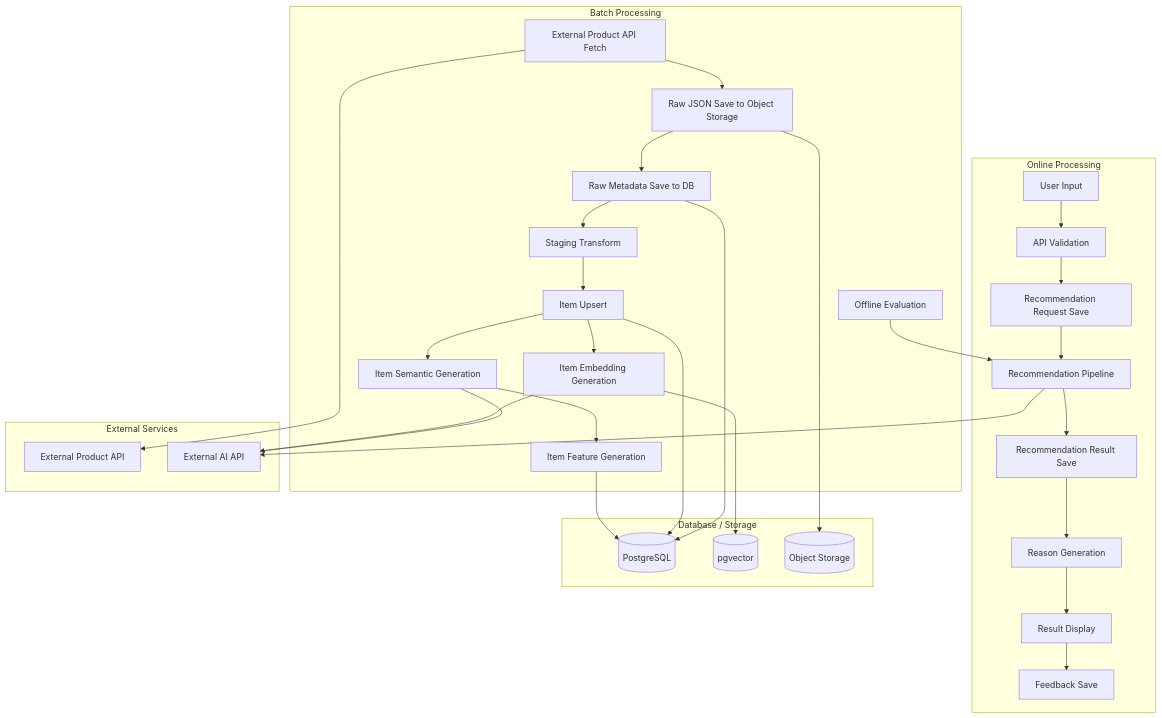
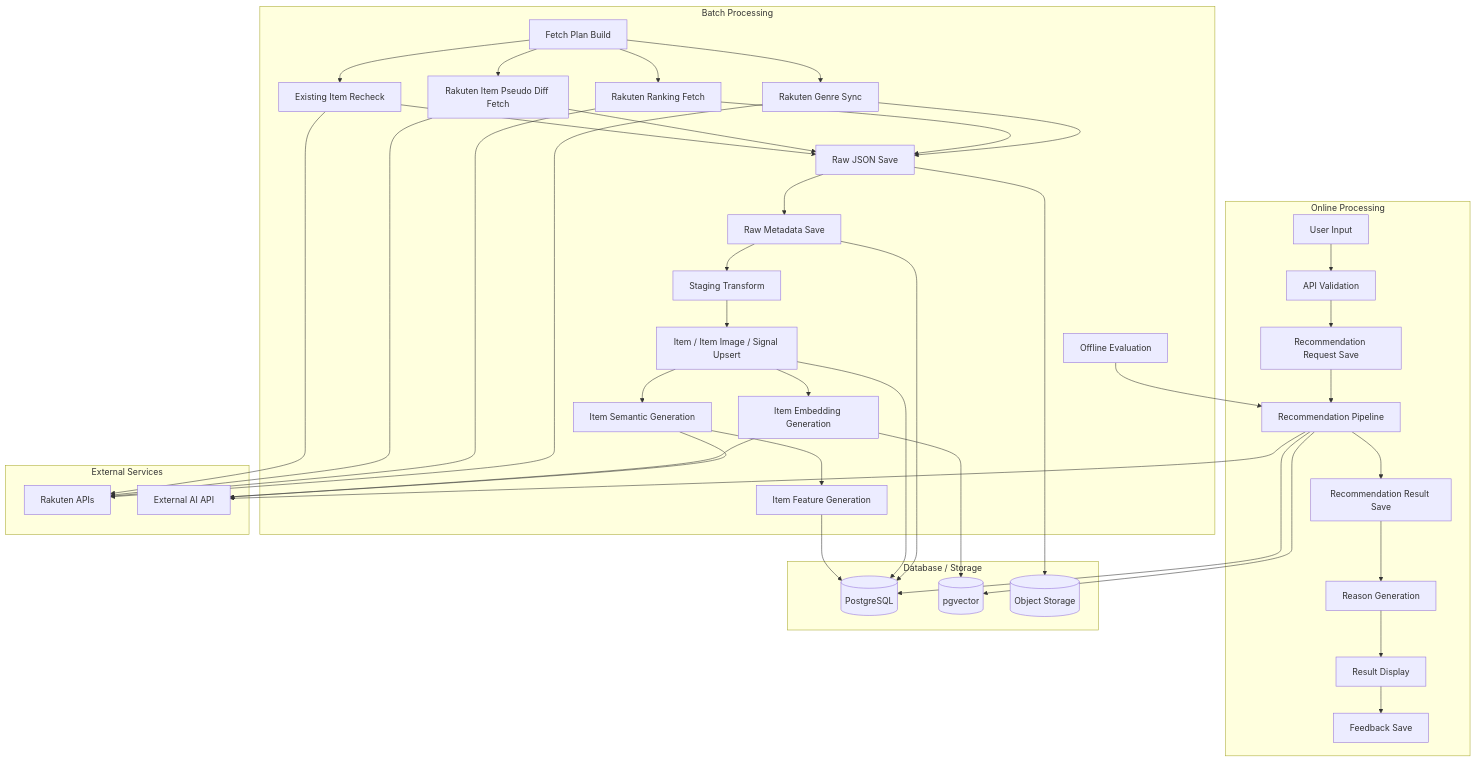
Before and after one commit to ryo-chan-k6/GiftRecommendAPP_MVP_CYCLE_3: the second of 10 diagrams in docs/05_アプリケーション設計/アプリ/処理構成定義書.md, drawn with Mermaid. The commit also changed other lines of this file, not shown here.

````diff
--- a/docs/05_アプリケーション設計/アプリ/処理構成定義書.md
+++ b/docs/05_アプリケーション設計/アプリ/処理構成定義書.md
@@ -165,52 +203,79 @@
 ```mermaid
 flowchart TD
 
     subgraph OL[Online Processing]
         A1[User Input]
         A2[API Validation]
         A3[Recommendation Request Save]
         A4[Recommendation Pipeline]
         A5[Recommendation Result Save]
         A6[Reason Generation]
         A7[Result Display]
         A8[Feedback Save]
     end
 
     subgraph BT[Batch Processing]
-        B1[External Product API Fetch]
-        B2[Raw JSON Save to Object Storage]
-        B3[Raw Metadata Save to DB]
-        B4[Staging Transform]
-        B5[Item Upsert]
-        B6[Item Semantic Generation]
-        B7[Item Feature Generation]
-        B8[Item Embedding Generation]
-        B9[Offline Evaluation]
+        B1[Fetch Plan Build]
+        B2[Rakuten Genre Sync]
+        B3[Rakuten Ranking Fetch]
+        B4[Rakuten Item Pseudo Diff Fetch]
+        B5[Existing Item Recheck]
+        B6[Raw JSON Save]
+        B7[Raw Metadata Save]
+        B8[Staging Transform]
+        B9[Item / Item Image / Signal Upsert]
+        B10[Item Semantic Generation]
+        B11[Item Feature Generation]
+        B12[Item Embedding Generation]
+        B13[Offline Evaluation]
     end
 
     subgraph DB[Database / Storage]
         D1[(PostgreSQL)]
         D2[(pgvector)]
         D3[(Object Storage)]
     end
 
     subgraph EXT[External Services]
-        E1[External Product API]
+        E1[Rakuten APIs]
         E2[External AI API]
     end
 
     A1 --> A2 --> A3 --> A4 --> A5 --> A6 --> A7
     A7 --> A8
 
-    B1 --> E1
-    B1 --> B2 --> D3
-    B2 --> B3 --> D1
-    B3 --> B4 --> B5 --> D1
-    B5 --> B6 --> B7 --> D1
-    B5 --> B8 --> D2
-    B9 --> A4
+    B1 --> B2
+    B1 --> B3
+    B1 --> B4
+    B1 --> B5
 
+    B2 --> E1
+    B3 --> E1
+    B4 --> E1
+    B5 --> E1
+
+    B2 --> B6
+    B3 --> B6
+    B4 --> B6
+    B5 --> B6
+
+    B6 --> D3
+    B6 --> B7
+    B7 --> D1
+    B7 --> B8
+    B8 --> B9
+    B9 --> D1
+    B9 --> B10
+    B10 --> B11
+    B11 --> D1
+    B9 --> B12
+    B12 --> D2
+    B13 --> A4
+
+    A4 --> D1
+    A4 --> D2
     A4 --> E2
-    B6 --> E2
-    B8 --> E2
+
+    B10 --> E2
+    B12 --> E2
 ```
````
